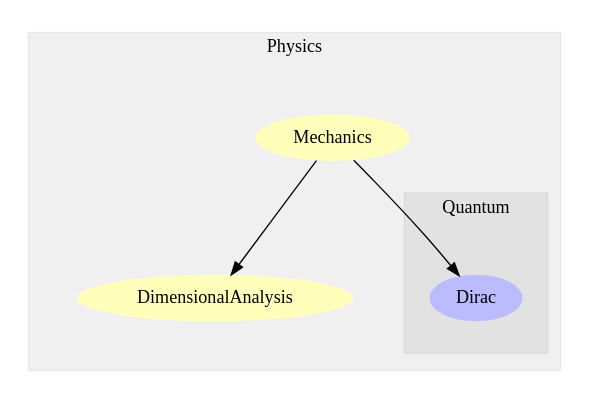
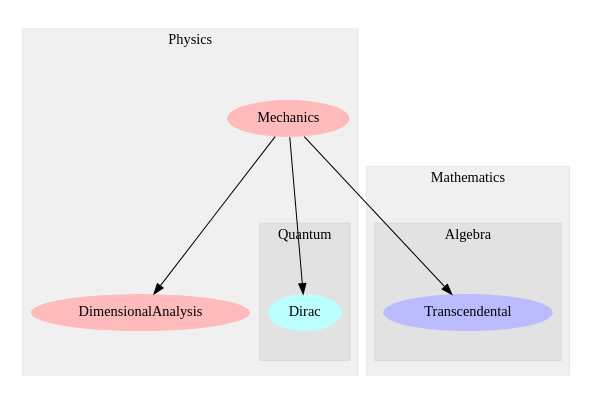
Before and after one commit to wi11dey/Physikell: the diagram in Modules.dot, drawn with Graphviz. The commit also changed 2 other files, not shown here.

```diff
--- a/Modules.dot
+++ b/Modules.dot
@@ -1,22 +1,36 @@
 digraph G {
 size="6,4";
 ratio="fill";
 subgraph cluster_0 {
-label="Physics";
+label="Mathematics";
 color="#0000000F";
 style="filled";
-u0[label="DimensionalAnalysis",style="filled",fillcolor="#ffffbb",penwidth="0"];
-u2[label="Mechanics",style="filled",fillcolor="#ffffbb",penwidth="0"];
 subgraph cluster_1 {
-label="Quantum";
+label="Algebra";
 color="#0000000F";
 style="filled";
-u1[label="Dirac",style="filled",fillcolor="#bbbbff",penwidth="0"];
+u0[label="Transcendental",style="filled",fillcolor="#bbbbff",penwidth="0"];
 
 }
 
 }
-u2 -> u0;
-u2 -> u1;
+subgraph cluster_2 {
+label="Physics";
+color="#0000000F";
+style="filled";
+u1[label="DimensionalAnalysis",style="filled",fillcolor="#ffbbbb",penwidth="0"];
+u3[label="Mechanics",style="filled",fillcolor="#ffbbbb",penwidth="0"];
+subgraph cluster_3 {
+label="Quantum";
+color="#0000000F";
+style="filled";
+u2[label="Dirac",style="filled",fillcolor="#bbffff",penwidth="0"];
 
 }
+
+}
+u3 -> u0;
+u3 -> u1;
+u3 -> u2;
+
+}
```
